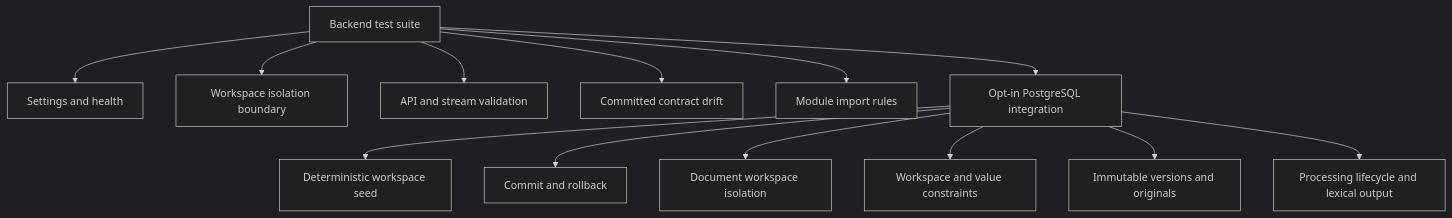
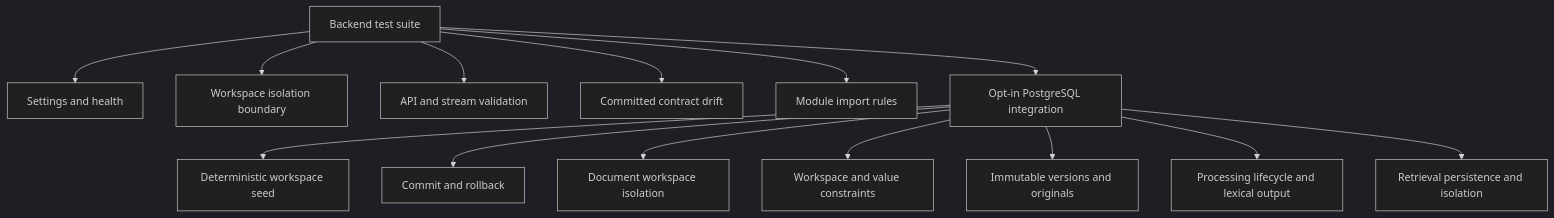
Before and after one commit to rnkraus/investment-research: the diagram in backend/tests/README.md, drawn with Mermaid (dark theme). The commit also changed other lines of this file and 6 other files, not shown here.

Commit message:
fix(search): persist candidates after retrieval run

````diff
--- a/backend/tests/README.md
+++ b/backend/tests/README.md
@@ -15,15 +15,16 @@
 ```mermaid
 flowchart TD
     TESTS[Backend test suite] --> RUNTIME[Settings and health]
     TESTS --> IDENTITY[Workspace isolation boundary]
     TESTS --> CONTRACTS[API and stream validation]
     TESTS --> OPENAPI[Committed contract drift]
     TESTS --> ARCH[Module import rules]
     TESTS --> POSTGRES[Opt-in PostgreSQL integration]
     POSTGRES --> SEED[Deterministic workspace seed]
     POSTGRES --> TX[Commit and rollback]
     POSTGRES --> DOCS[Document workspace isolation]
     POSTGRES --> CONSTRAINTS[Workspace and value constraints]
     POSTGRES --> IMMUTABLE[Immutable versions and originals]
     POSTGRES --> PROCESSING[Processing lifecycle and lexical output]
+    POSTGRES --> SEARCH[Retrieval persistence and isolation]
 ```
````
